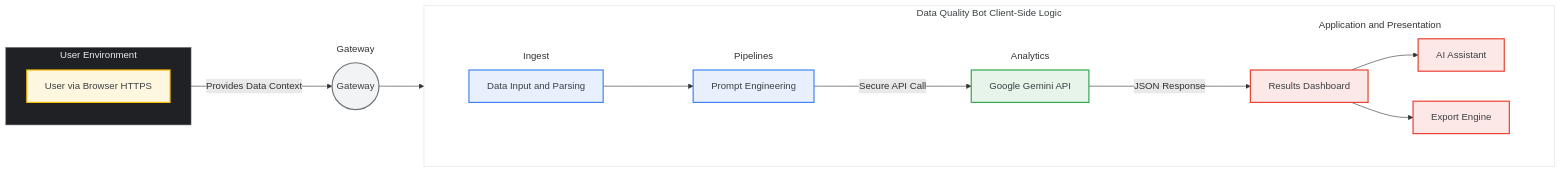
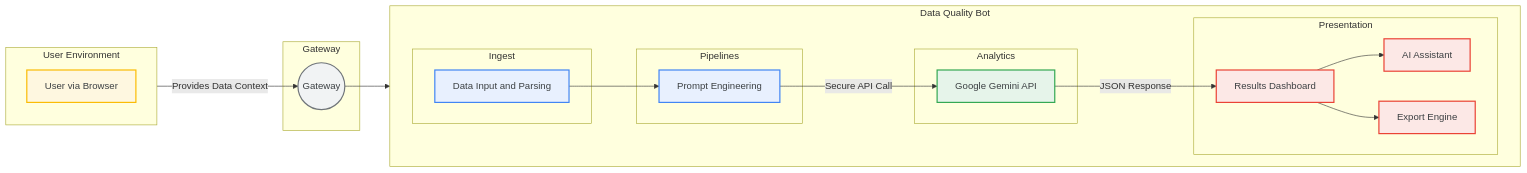
The first of 2 diagrams in README.md (chtsalvishal/DQ_Gen_AI_Bot), drawn with Mermaid before and after one commit. The commit also changed other lines of this file, not shown here.

First line of the commit message:
docs: Update README with refined architecture description

````diff
--- a/README.md
+++ b/README.md
@@ -24,52 +20,44 @@
 ```mermaid
 graph LR
     subgraph userenv [User Environment]
         direction TB
-        A[User via Browser HTTPS]:::userNode
+        A[User via Browser]:::userNode
     end
 
     subgraph gatewaysub [Gateway]
       B((Gateway)):::gatewayNode
     end
     
     A -- Provides Data Context --> B
 
-    subgraph botlogic [Data Quality Bot Client-Side Logic]
+    subgraph botlogic [Data Quality Bot]
         direction LR
         subgraph ingest [Ingest]
             C[Data Input and Parsing]:::processNode
         end
         subgraph pipelines [Pipelines]
             D[Prompt Engineering]:::processNode
         end
         subgraph analytics [Analytics]
             E[Google Gemini API]:::apiNode
         end
-        subgraph app [Application and Presentation]
+        subgraph presentation [Presentation]
             F[Results Dashboard]:::outputNode
             G[AI Assistant]:::outputNode
             H[Export Engine]:::outputNode
         end
     end
 
     B --> C
     C --> D
     D -- Secure API Call --> E
     E -- JSON Response --> F
     F --> G
     F --> H
     
-    style userenv fill:#202124,stroke:#5F6368,color:#E8EAED
-    style gatewaysub fill:transparent,stroke:transparent
-    style botlogic fill:#FFFFFF,stroke:#E0E0E0,color:#3C4043
-    style ingest fill:transparent,stroke:transparent
-    style pipelines fill:transparent,stroke:transparent
-    style analytics fill:transparent,stroke:transparent
-    style app fill:transparent,stroke:transparent
-
     classDef userNode fill:#FEF7E0,stroke:#FBBC05,stroke-width:2px,color:#3C4043
     classDef gatewayNode fill:#F1F3F4,stroke:#70757A,stroke-width:2px,color:#3C4043
     classDef processNode fill:#E8F0FE,stroke:#4285F4,stroke-width:2px,color:#3C4043
     classDef apiNode fill:#E6F4EA,stroke:#34A853,stroke-width:2px,color:#3C4043
     classDef outputNode fill:#FCE8E6,stroke:#EA4335,stroke-width:2px,color:#3C4043
 ```
````
